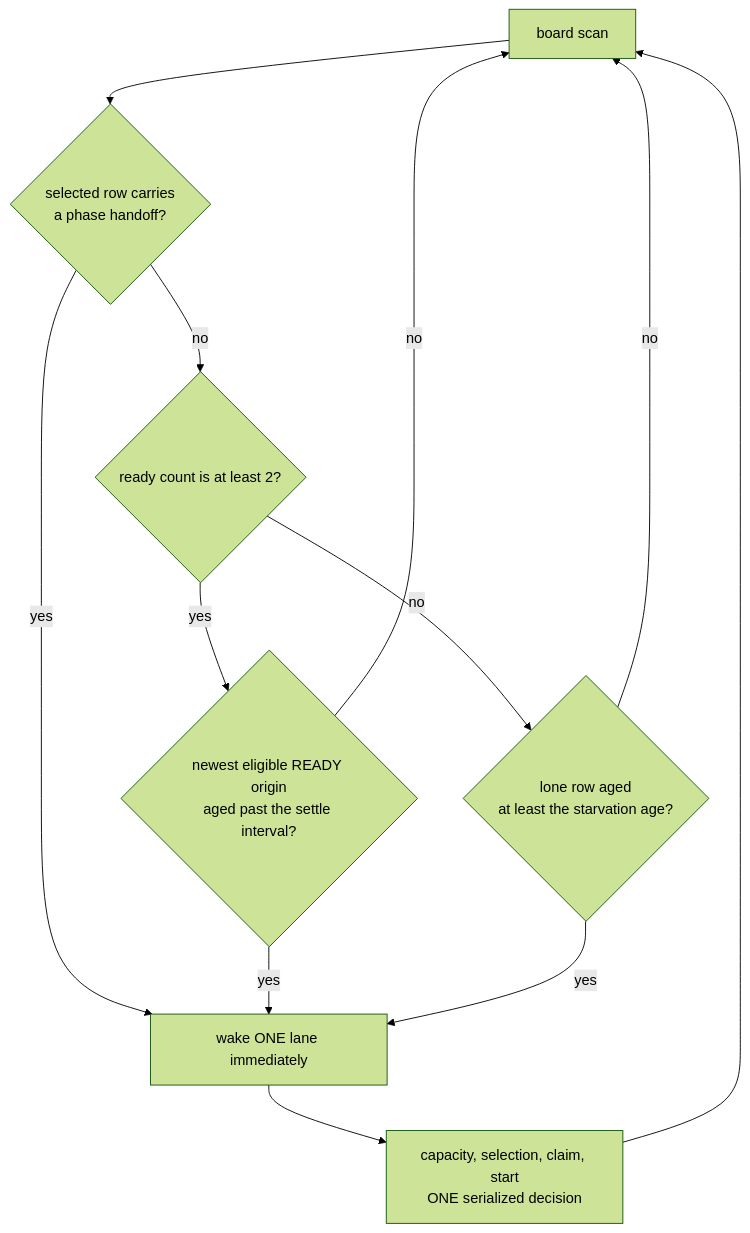
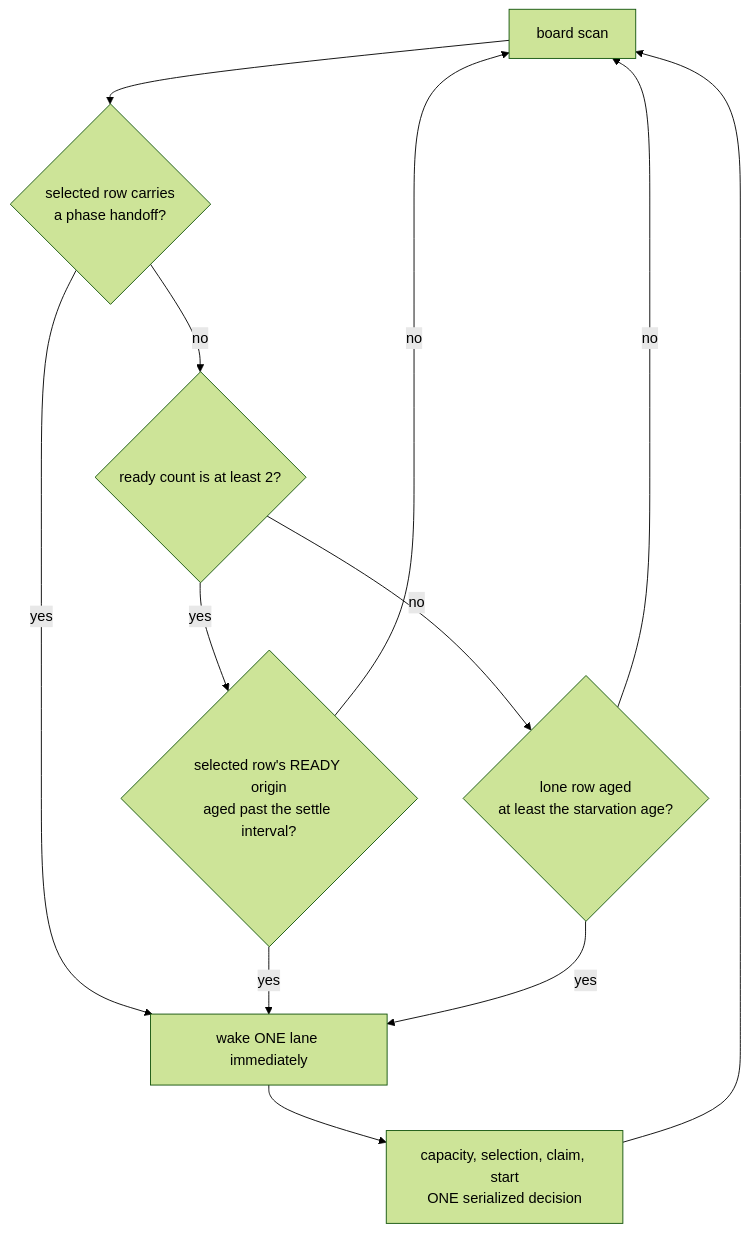
The third of 10 diagrams in docs/product/model/decisions.md (infimalabs/spice-rust), drawn with Mermaid (forest theme) before and after one commit. The commit also changed other lines of this file and 1 other file, not shown here.

Commit message:
docs: Describe wake settling from the selected task readiness origin DOCS-dVkfq6rtm

````diff
--- a/docs/product/model/decisions.md
+++ b/docs/product/model/decisions.md
@@ -107,14 +107,14 @@
 ```mermaid
 flowchart TD
   S["board scan"] --> H{"selected row carries<br/>a phase handoff?"}
   H -- yes --> W["wake ONE lane immediately"]
   H -- no --> N{"ready count is at least 2?"}
-  N -- yes --> ST{"newest eligible READY origin<br/>aged past the settle interval?"}
+  N -- yes --> ST{"selected row's READY origin<br/>aged past the settle interval?"}
   N -- no --> LO{"lone row aged<br/>at least the starvation age?"}
   ST -- yes --> W
   ST -- no --> S
   LO -- yes --> W
   LO -- no --> S
   W --> SER["capacity, selection, claim, start<br/>ONE serialized decision"]
   SER --> S
 ```
````
